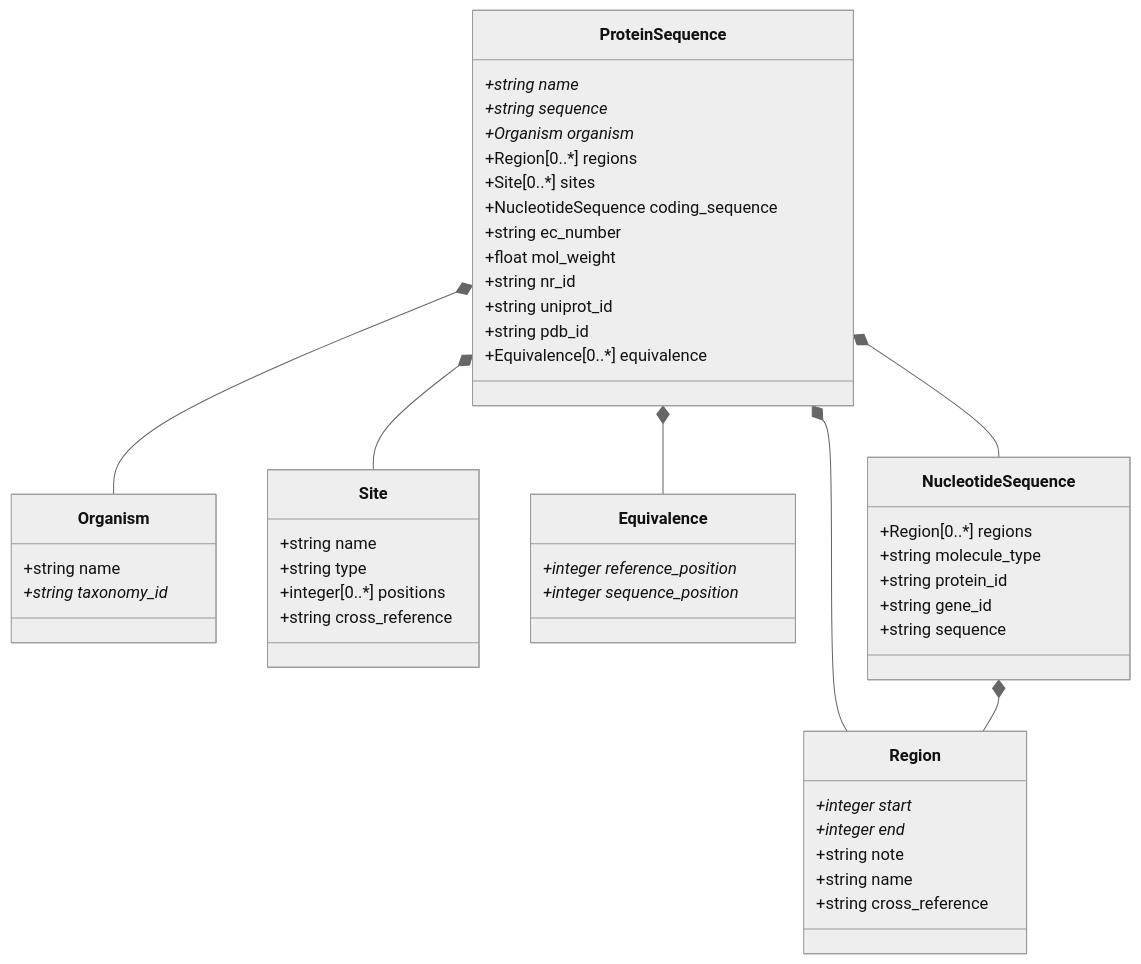
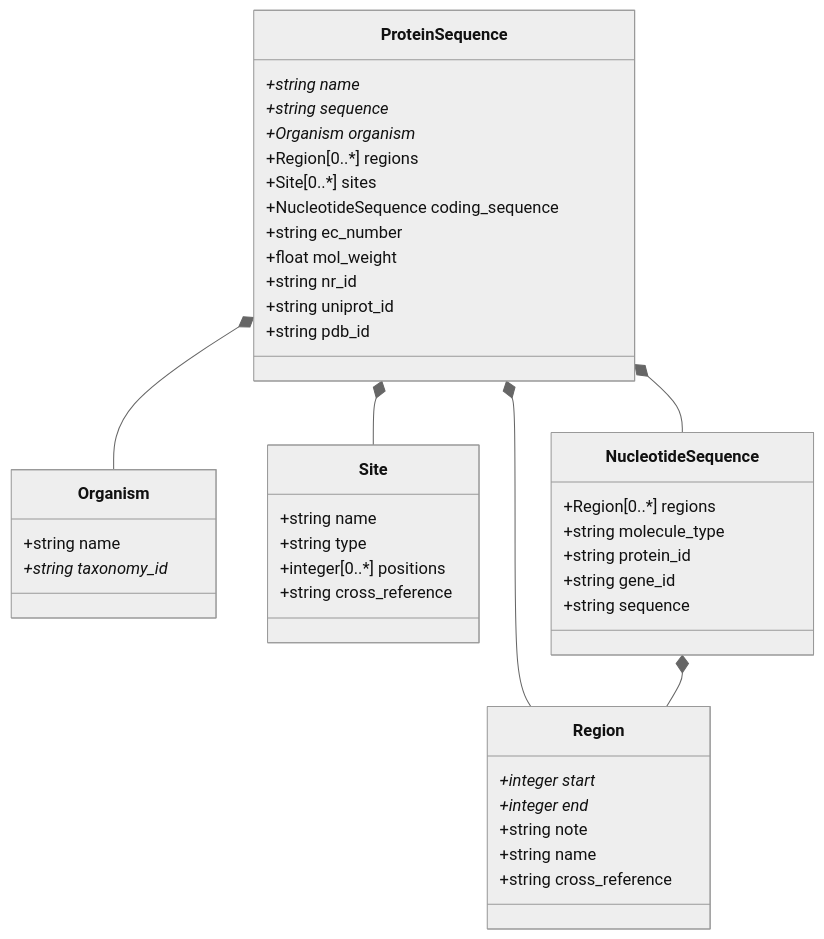
The diagram in pyEED/schemes/pyeed_schema.md (PyEED/pyeed), drawn with Mermaid (neutral theme) before and after one commit. The commit also changed 3 other files, not shown here.

````diff
--- a/pyEED/schemes/pyeed_schema.md
+++ b/pyEED/schemes/pyeed_schema.md
@@ -1,58 +1,51 @@
 ```mermaid
 classDiagram
     ProteinSequence *-- Organism
     ProteinSequence *-- Region
     ProteinSequence *-- Site
-    ProteinSequence *-- Equivalence
     ProteinSequence *-- NucleotideSequence
     NucleotideSequence *-- Region
     
     class ProteinSequence {
         +string name*
         +string sequence*
         +Organism organism*
         +Region[0..*] regions
         +Site[0..*] sites
         +NucleotideSequence coding_sequence
         +string ec_number
         +float mol_weight
         +string nr_id
         +string uniprot_id
         +string pdb_id
-        +Equivalence[0..*] equivalence
     }
     
     class Organism {
         +string name
         +string taxonomy_id*
     }
     
     class Region {
         +integer start*
         +integer end*
         +string note
         +string name
         +string cross_reference
     }
     
     class Site {
         +string name
         +string type
         +integer[0..*] positions
         +string cross_reference
     }
     
-    class Equivalence {
-        +integer reference_position*
-        +integer sequence_position*
-    }
-    
     class NucleotideSequence {
         +Region[0..*] regions
         +string molecule_type
         +string protein_id
         +string gene_id
         +string sequence
     }
     
 ```
````
